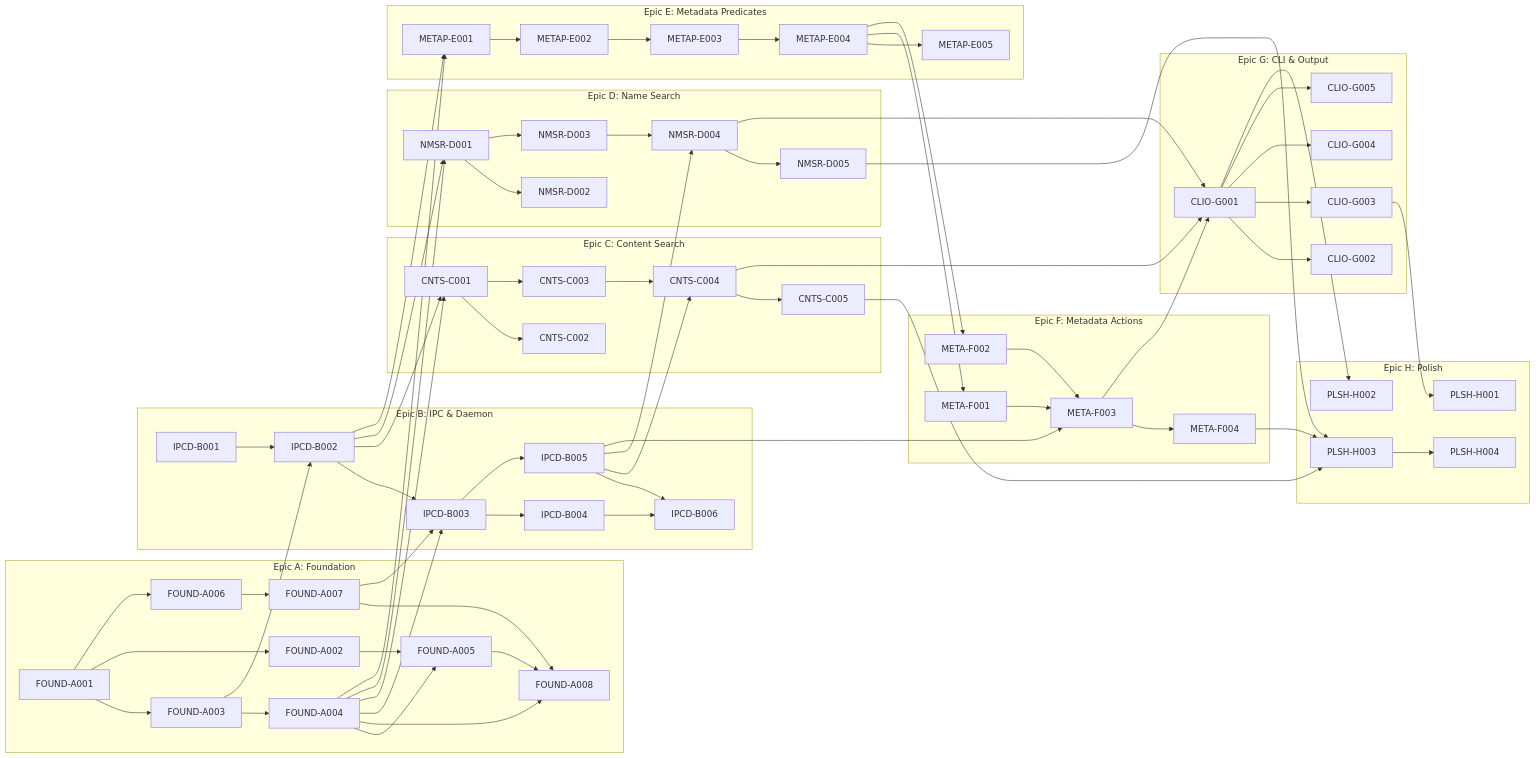
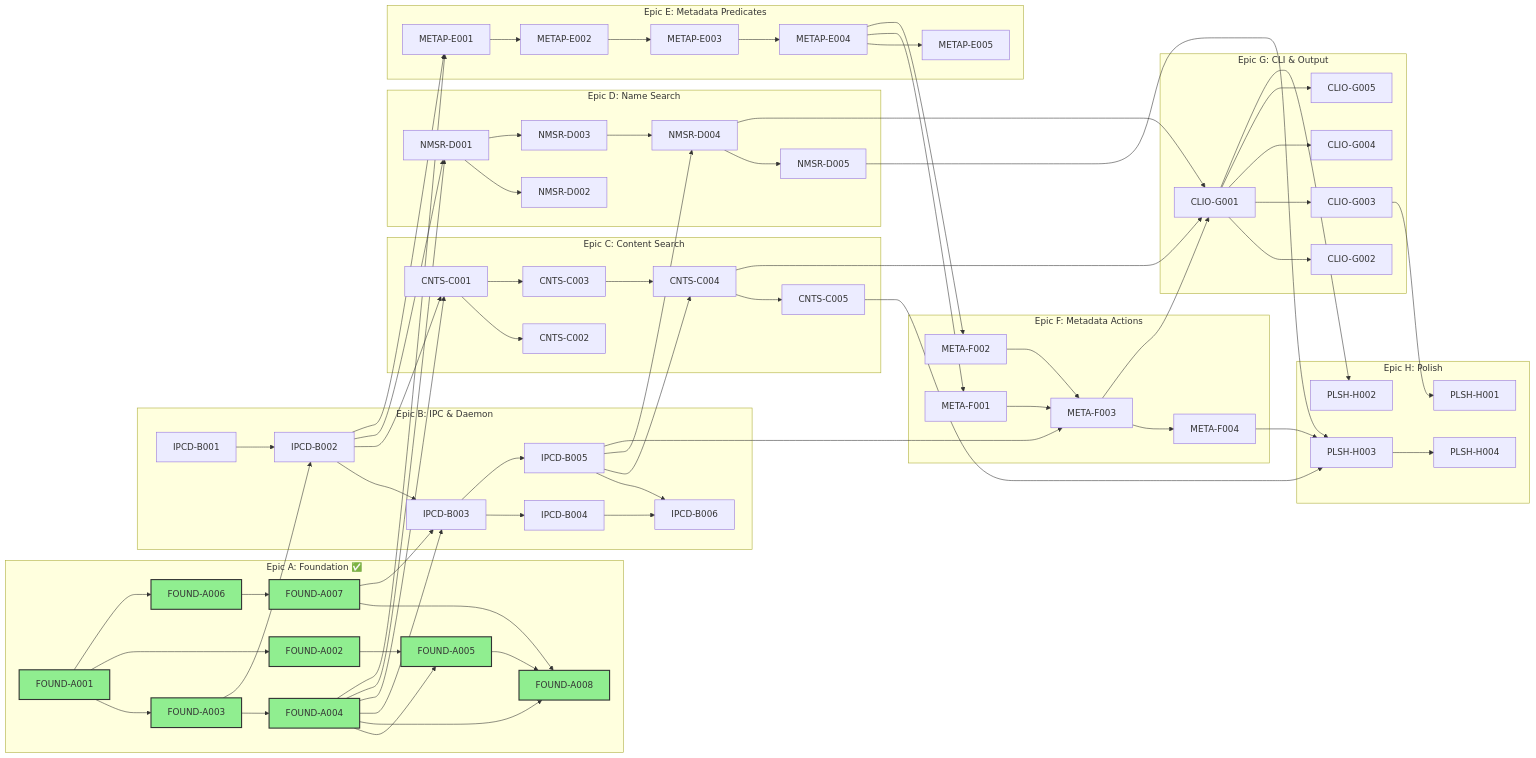
Before and after one commit to SkrOYC/fff-cli: the diagram in .constitution/tasks/critical-path.md, drawn with Mermaid. The commit also changed other lines of this file and 37 other files, not shown here.

First line of the commit message:
feat: Epic A — Foundation (ff-common, ff-index, ff-watcher) (#1)

````diff
--- a/.constitution/tasks/critical-path.md
+++ b/.constitution/tasks/critical-path.md
@@ -36,14 +35,14 @@
 ```mermaid
 flowchart LR
-    subgraph "Epic A: Foundation"
-        A001[FOUND-A001]
-        A002[FOUND-A002]
-        A003[FOUND-A003]
-        A004[FOUND-A004]
-        A005[FOUND-A005]
-        A006[FOUND-A006]
-        A007[FOUND-A007]
-        A008[FOUND-A008]
+    subgraph "Epic A: Foundation ✅"
+        A001[FOUND-A001]:::done
+        A002[FOUND-A002]:::done
+        A003[FOUND-A003]:::done
+        A004[FOUND-A004]:::done
+        A005[FOUND-A005]:::done
+        A006[FOUND-A006]:::done
+        A007[FOUND-A007]:::done
+        A008[FOUND-A008]:::done
     end
 
     subgraph "Epic B: IPC & Daemon"
@@ -166,4 +165,6 @@
     D005 --> H003
     F004 --> H003
     H003 --> H004
+
+    classDef done fill:#90EE90,stroke:#333,stroke-width:2px
 ```
````
